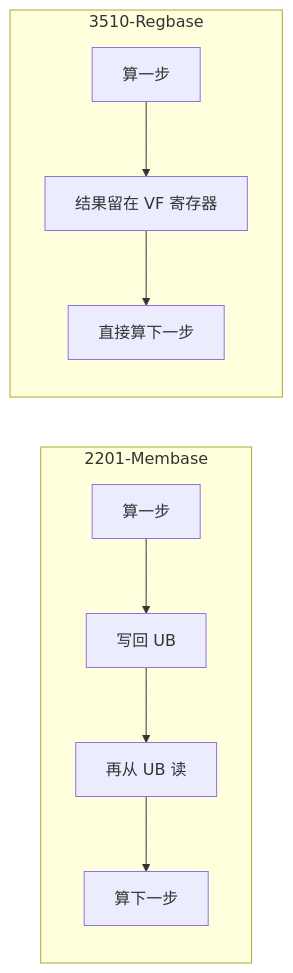
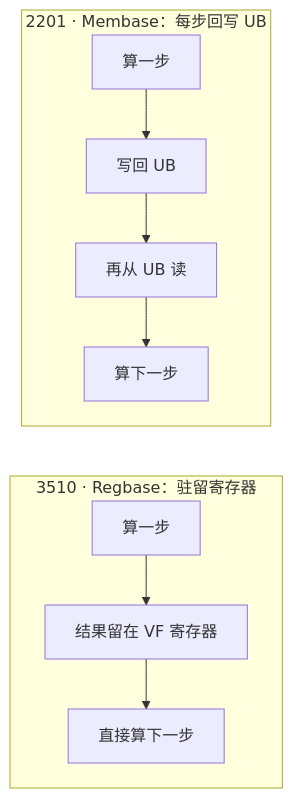
Before and after one commit to hb4ch/ascend-book: the third of 4 diagrams in docs/01-platform/ch02-hardware.md, drawn with Mermaid. The commit also changed other lines of this file and 1 other file, not shown here.

Commit message:
docs: finalize chapter 2 architecture and synchronization review

````diff
--- a/docs/01-platform/ch02-hardware.md
+++ b/docs/01-platform/ch02-hardware.md
@@ -267,9 +263,10 @@
 ```mermaid
-flowchart LR
-    subgraph 2201-Membase
-    A1["算一步"] --> A2["写回 UB"] --> A3["再从 UB 读"] --> A4["算下一步"]
+flowchart TB
+    subgraph M2201["2201 · Membase：每步回写 UB"]
+        A1["算一步"] --> A2["写回 UB"] --> A3["再从 UB 读"] --> A4["算下一步"]
     end
-    subgraph 3510-Regbase
-    B1["算一步"] --> B2["结果留在 VF 寄存器"] --> B3["直接算下一步"]
+    A4 ~~~ B1
+    subgraph M3510["3510 · Regbase：驻留寄存器"]
+        B1["算一步"] --> B2["结果留在 VF 寄存器"] --> B3["直接算下一步"]
     end
 ```
````
